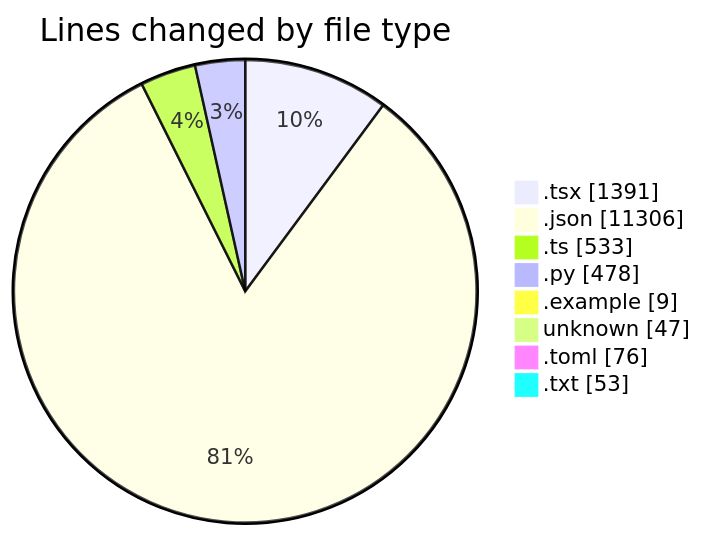
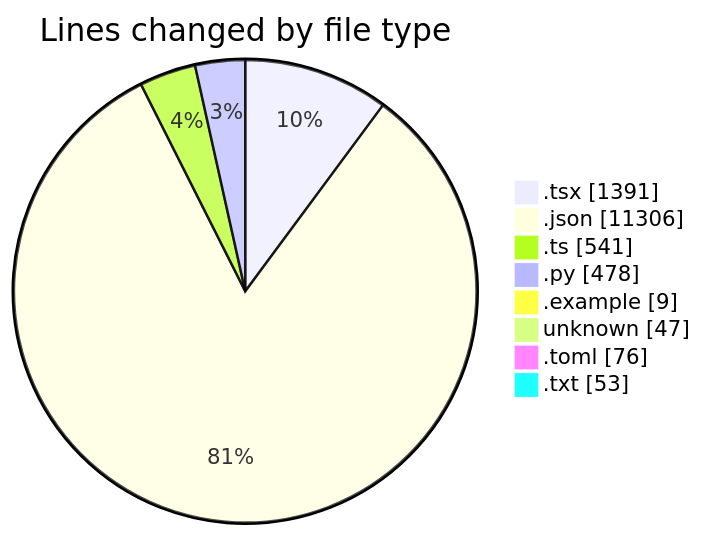
Before and after one commit to Elitesun/code-tracking: the first of 2 diagrams in 2025-04-30/niten/README.md, drawn with Mermaid. The commit also changed other lines of this file and 1 other file, not shown here.

````diff
--- a/2025-04-30/niten/README.md
+++ b/2025-04-30/niten/README.md
@@ -64,12 +64,12 @@
 ```mermaid
 pie showData
 title Lines changed by file type
 ".tsx" : 1391
 ".json" : 11306
-".ts" : 533
+".ts" : 541
 ".py" : 478
 ".example" : 9
 "unknown" : 47
 ".toml" : 76
 ".txt" : 53
 ```
````
